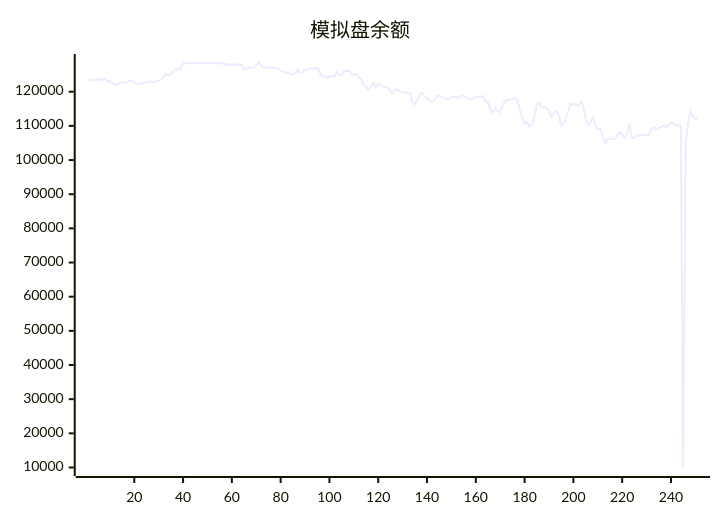
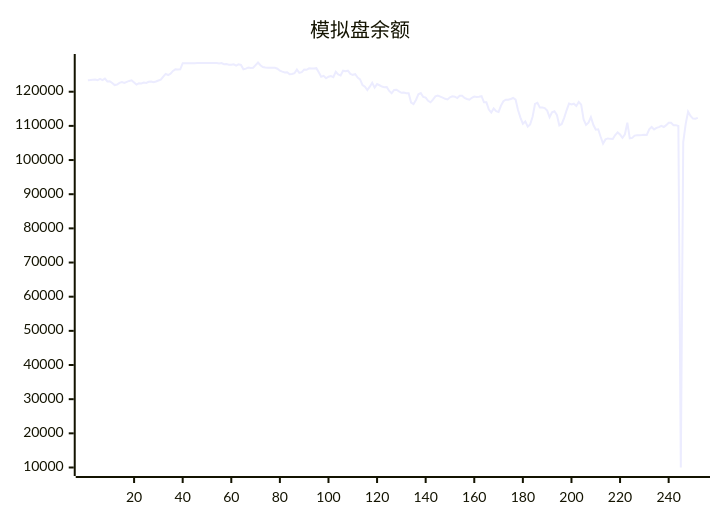
One commit to aahl/ai-trading changed the diagram in README.md. Above: the diagram before and after it, drawn with Mermaid. The commit also changed other lines of this file and 1 other file, not shown here.

````diff
--- a/README.md
+++ b/README.md
@@ -5,5 +5,5 @@
 ```mermaid
 xychart
     title "模拟盘余额"
-    line [123338,123402,123530,123592,123378,123745,123413,123853,123009,123040,122557,121938,122095,122599,122856,122597,122898,123160,123319,122719,122087,122454,122416,122685,122592,122907,122961,122776,122981,123295,123507,124403,125224,124894,125303,126088,126544,126534,126549,128335,128318,128318,128318,128318,128318,128424,128424,128424,128424,128424,128424,128424,128424,128424,128247,128412,128062,128087,127917,127901,128026,127611,128000,127850,126572,126770,127100,126971,127029,127783,128554,127765,127224,127064,127044,127009,127025,127004,126738,126152,125871,125635,125707,125117,125217,125420,126480,125545,125715,126511,126424,126856,126764,126788,126890,125710,124381,124632,123936,124402,124574,124256,125833,125070,124739,126154,125966,126145,125213,124943,125143,124157,123604,121959,121476,120476,121470,122610,121201,122221,121889,121522,121332,121344,120232,119559,120513,120577,120108,119680,119777,119572,119568,116839,116392,117573,119250,119585,118469,118277,117338,116897,117706,118628,118849,118579,118280,117926,117735,118373,118639,118544,118136,118798,118819,118162,117874,117649,118215,118601,118463,118517,118713,116911,116899,114798,113887,115084,114313,114091,115934,117221,117658,117658,117883,118164,117693,114632,112403,110644,111313,109777,110444,112673,116419,116772,115355,115355,115198,114476,112510,113954,114276,113223,110151,110561,112361,114562,116522,116265,116500,115845,117000,116199,111887,110306,110942,112588,110318,108891,109011,106814,104811,106038,106327,106201,106180,107315,108068,107463,106528,107530,110941,106346,106482,107161,107268,107270,107302,107426,107340,108985,109681,108962,109404,109645,110030,109680,110214,110918,110897,110215,110212,109962,10000,105235,110525,114151,112895,112137,112083]
+    line [123338,123402,123530,123592,123378,123745,123413,123853,123009,123040,122557,121938,122095,122599,122856,122597,122898,123160,123319,122719,122087,122454,122416,122685,122592,122907,122961,122776,122981,123295,123507,124403,125224,124894,125303,126088,126544,126534,126549,128335,128318,128318,128318,128318,128318,128424,128424,128424,128424,128424,128424,128424,128424,128424,128247,128412,128062,128087,127917,127901,128026,127611,128000,127850,126572,126770,127100,126971,127029,127783,128554,127765,127224,127064,127044,127009,127025,127004,126738,126152,125871,125635,125707,125117,125217,125420,126480,125545,125715,126511,126424,126856,126764,126788,126890,125710,124381,124632,123936,124402,124574,124256,125833,125070,124739,126154,125966,126145,125213,124943,125143,124157,123604,121959,121476,120476,121470,122610,121201,122221,121889,121522,121332,121344,120232,119559,120513,120577,120108,119680,119777,119572,119568,116839,116392,117573,119250,119585,118469,118277,117338,116897,117706,118628,118849,118579,118280,117926,117735,118373,118639,118544,118136,118798,118819,118162,117874,117649,118215,118601,118463,118517,118713,116911,116899,114798,113887,115084,114313,114091,115934,117221,117658,117658,117883,118164,117693,114632,112403,110644,111313,109777,110444,112673,116419,116772,115355,115355,115198,114476,112510,113954,114276,113223,110151,110561,112361,114562,116522,116265,116500,115845,117000,116199,111887,110306,110942,112588,110318,108891,109011,106814,104811,106038,106327,106201,106180,107315,108068,107463,106528,107530,110941,106346,106482,107161,107268,107270,107302,107426,107340,108985,109681,108962,109404,109645,110030,109680,110214,110918,110897,110215,110212,109962,10000,105235,110525,114151,112895,112137,112083,112329]
 ```
````
